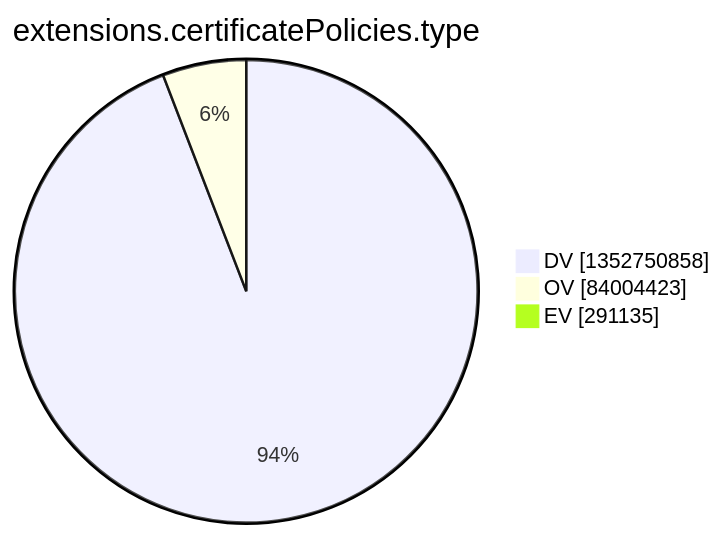
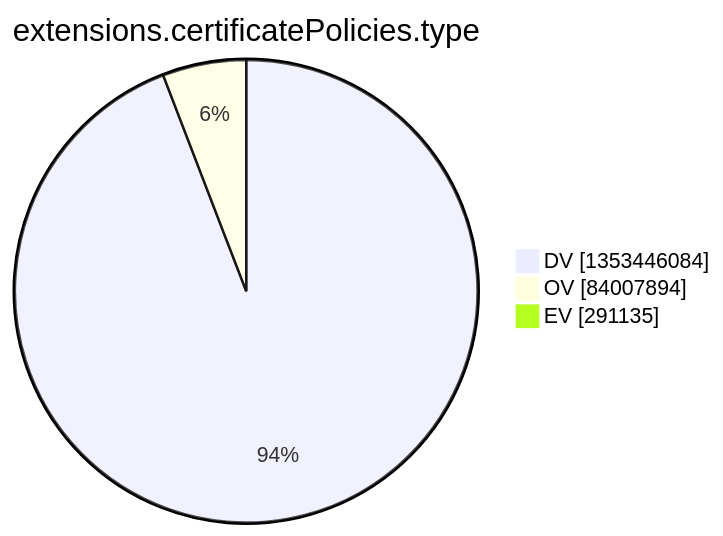
The tenth of 15 diagrams in argon2022/README.md (christiankrug/ctmonitor_visualization), drawn with Mermaid before and after one commit. The commit also changed other lines of this file, not shown here.

````diff
--- a/argon2022/README.md
+++ b/argon2022/README.md
@@ -2773,7 +2773,7 @@
 ```mermaid
 pie showData
 title extensions.certificatePolicies.type
-"DV" :1352750858
-"OV" :84004423
+"DV" :1353446084
+"OV" :84007894
 "EV" :291135
 ```
````
